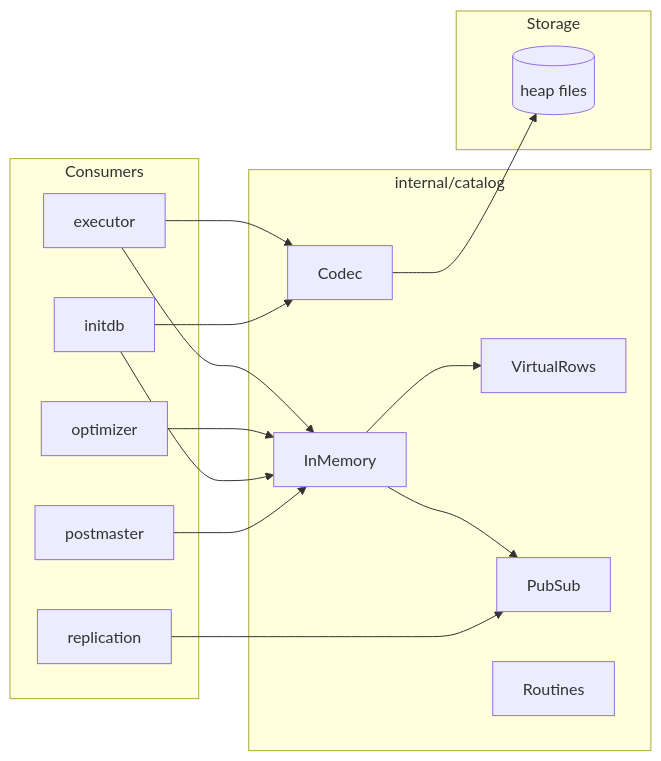
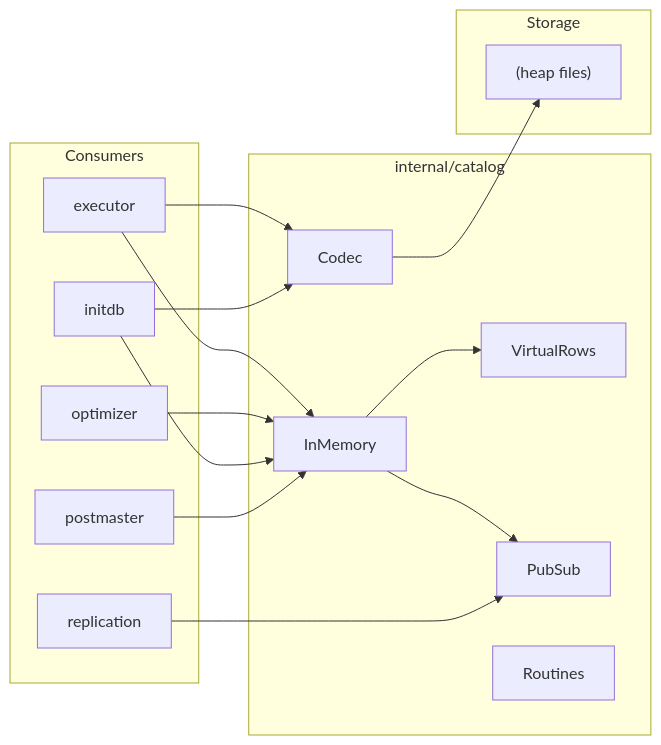
The first of 5 diagrams in docs/wiki/modules/catalog.md (ryogrid/goopg), drawn with Mermaid before and after one commit. The commit also changed other lines of this file and 26 other files, not shown here.

Commit message:
docs(wiki): fix all 26 mermaid parse errors — 139/139 blocks pass real-browser validation — M-NIGHTLY

````diff
--- a/docs/wiki/modules/catalog.md
+++ b/docs/wiki/modules/catalog.md
@@ -15,27 +15,27 @@
 ```mermaid
 flowchart LR
     subgraph Consumers
         EXEC[executor]
         OPT[optimizer]
         INIT[initdb]
         PM[postmaster]
         REP[replication]
     end
     subgraph catalog["internal/catalog"]
         IM[InMemory]
         VIRT[VirtualRows]
         CODEC[Codec]
         PUBSUB[PubSub]
         ROUT[Routines]
     end
     subgraph Storage
-        HEAP[(heap files)]
+        HEAP["(heap files)"]
     end
     EXEC --> IM --> VIRT
     EXEC --> CODEC --> HEAP
     OPT --> IM
     INIT --> CODEC
     INIT --> IM
     PM --> IM --> PUBSUB
     REP --> PUBSUB
 ```
````
